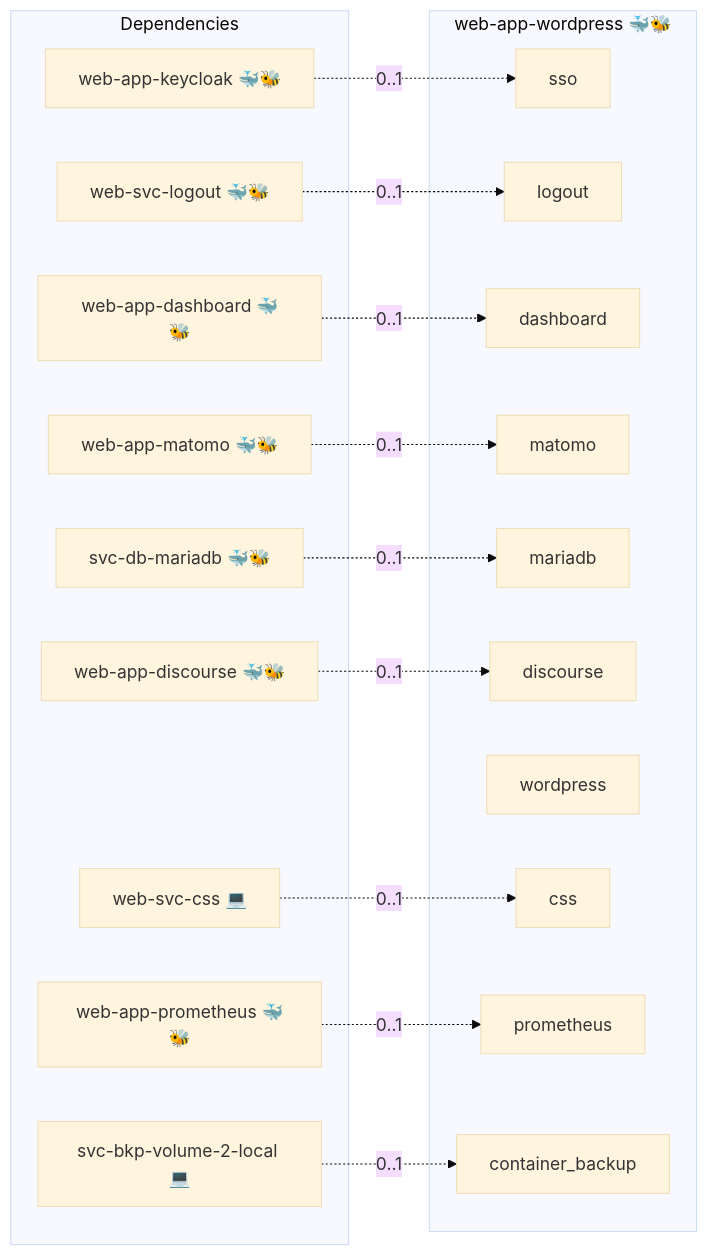
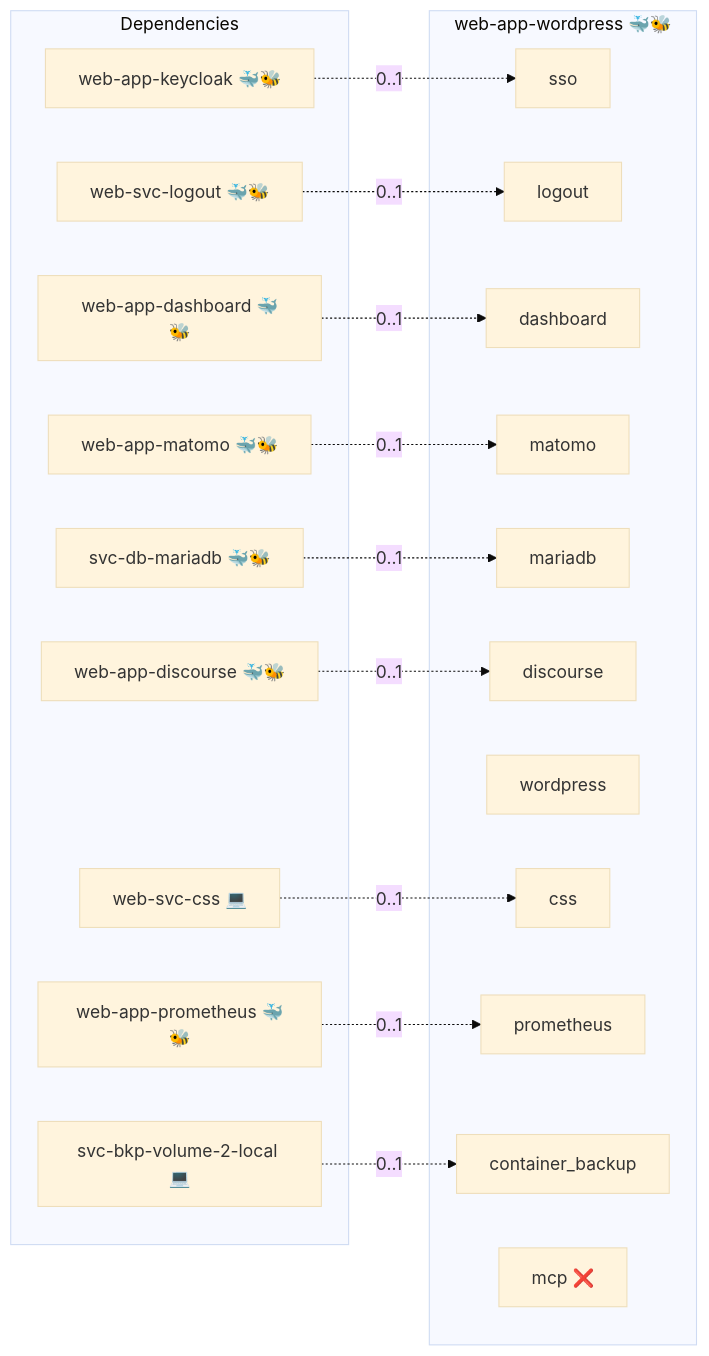
One commit to infinito-nexus/core changed the diagram in roles/web-app-wordpress/README.md. Above: the diagram before and after it, drawn with Mermaid (base theme). The commit also changed 12 other files, not shown here.

````diff
--- a/roles/web-app-wordpress/README.md
+++ b/roles/web-app-wordpress/README.md
@@ -38,35 +38,36 @@
 ```mermaid
 flowchart LR
     subgraph deps [Dependencies]
         dep_svc_bkp_volume_2_local["svc-bkp-volume-2-local 💻"]
         dep_svc_db_mariadb["svc-db-mariadb 🐳🐝"]
         dep_web_app_dashboard["web-app-dashboard 🐳🐝"]
         dep_web_app_discourse["web-app-discourse 🐳🐝"]
         dep_web_app_keycloak["web-app-keycloak 🐳🐝"]
         dep_web_app_matomo["web-app-matomo 🐳🐝"]
         dep_web_app_prometheus["web-app-prometheus 🐳🐝"]
         dep_web_svc_css["web-svc-css 💻"]
         dep_web_svc_logout["web-svc-logout 🐳🐝"]
     end
     subgraph role [web-app-wordpress 🐳🐝]
         svc_sso["sso"]
         svc_logout["logout"]
         svc_dashboard["dashboard"]
         svc_matomo["matomo"]
         svc_mariadb["mariadb"]
         svc_discourse["discourse"]
         svc_wordpress["wordpress"]
         svc_css["css"]
         svc_prometheus["prometheus"]
         svc_container_backup["container_backup"]
+        svc_mcp["mcp ❌"]
     end
     dep_svc_bkp_volume_2_local -. "0..1" .-> svc_container_backup
     dep_svc_db_mariadb -. "0..1" .-> svc_mariadb
     dep_web_app_dashboard -. "0..1" .-> svc_dashboard
     dep_web_app_discourse -. "0..1" .-> svc_discourse
     dep_web_app_keycloak -. "0..1" .-> svc_sso
     dep_web_app_matomo -. "0..1" .-> svc_matomo
     dep_web_app_prometheus -. "0..1" .-> svc_prometheus
     dep_web_svc_css -. "0..1" .-> svc_css
     dep_web_svc_logout -. "0..1" .-> svc_logout
 ```
````
